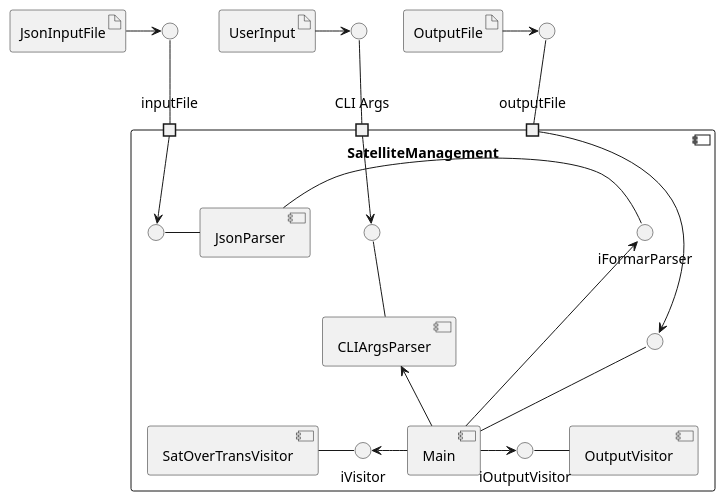
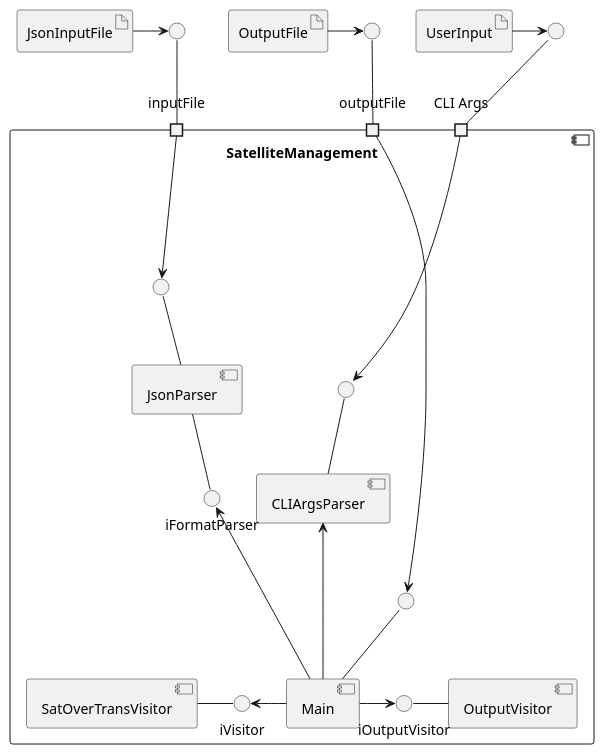
Before and after one commit to DHBW-INF2020/SWE2022_LS_LB_PK: the diagram in UML-Diagramme/componentDiagram.puml, drawn with PlantUML.

Commit message:
componentDiagram.puml has to be beautified

```diff
--- a/UML-Diagramme/componentDiagram.puml
+++ b/UML-Diagramme/componentDiagram.puml
@@ -1,56 +1,58 @@
 @startuml
 
 artifact JsonInputFile
 artifact UserInput
 artifact OutputFile
 
 component SatelliteManagement as app{
 
     port "inputFile" as p_in
     port "CLI Args" as p_args
     port "outputFile" as p_out
 
     component SatOverTransVisitor
     component Main
     component OutputVisitor
     component JsonParser
     component CLIArgsParser
 
     interface iVisitor
     interface iOutputVisitor
-    interface iFormarParser
+    interface iFormatParser
 
     iVisitor -left- SatOverTransVisitor
     Main -left-> iVisitor
     Main -right->iOutputVisitor
     iOutputVisitor -right- OutputVisitor
-    Main -up-->iFormarParser
-    JsonParser -right- iFormarParser
+    Main -up-->iFormatParser
+    JsonParser -down- iFormatParser
+
     () " " as i_in
-    i_in - JsonParser
+    i_in -down- JsonParser
     p_in -down-> i_in
     Main -up-> CLIArgsParser
     () " " as i_args
     i_args -down- CLIArgsParser
     () " " as i_out
     Main -up- i_out
+    iFormatParser -[hidden]> CLIArgsParser
 }
 
 
 () " " as io_in
 io_in -down- p_in
 JsonInputFile -right-> io_in
 
 () " " as io_args
 io_args -down- p_args
 UserInput -right-> io_args
 p_args -down-> i_args
 
 () " " as io_out
 io_out -down- p_out
 OutputFile -right-> io_out
 p_out -down-> i_out
 
 
 
 @enduml
```
